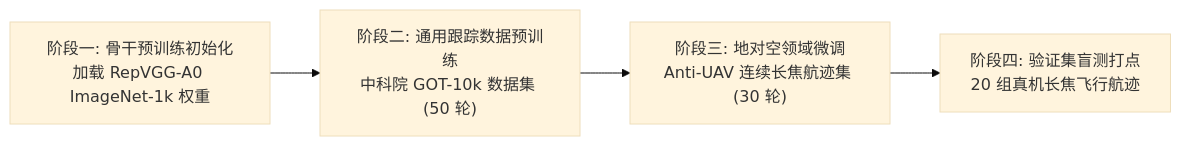
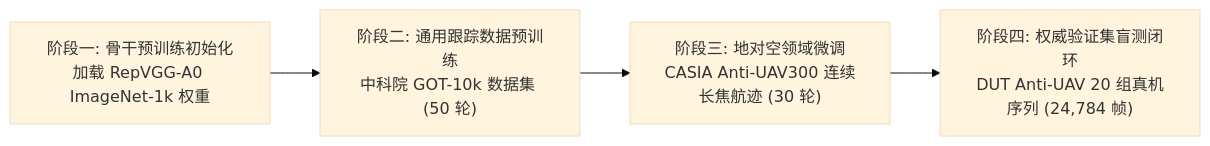
Before and after one commit to soranokiseki1437/nanhu_RGB_PTZ: the second of 2 diagrams in 待执行方案/04B_基于预训练骨干初始化与尺度回归修复的SOT重训方案.md, drawn with Mermaid (base theme). The commit also changed other lines of this file and 4 other files, not shown here.

````diff
--- a/待执行方案/04B_基于预训练骨干初始化与尺度回归修复的SOT重训方案.md
+++ b/待执行方案/04B_基于预训练骨干初始化与尺度回归修复的SOT重训方案.md
@@ -101,6 +101,6 @@
 ```mermaid
 flowchart LR
     A["阶段一: 骨干预训练初始化<br/>加载 RepVGG-A0 ImageNet-1k 权重"] --> B["阶段二: 通用跟踪数据预训练<br/>中科院 GOT-10k 数据集 (50 轮)"]
-    B --> C["阶段三: 地对空领域微调<br/>Anti-UAV 连续长焦航迹集 (30 轮)"]
-    C --> D["阶段四: 验证集盲测打点<br/>20 组真机长焦飞行航迹"]
+    B --> C["阶段三: 地对空领域微调<br/>CASIA Anti-UAV300 连续长焦航迹 (30 轮)"]
+    C --> D["阶段四: 权威验证集盲测闭环<br/>DUT Anti-UAV 20 组真机序列 (24,784 帧)"]
 ```
````
